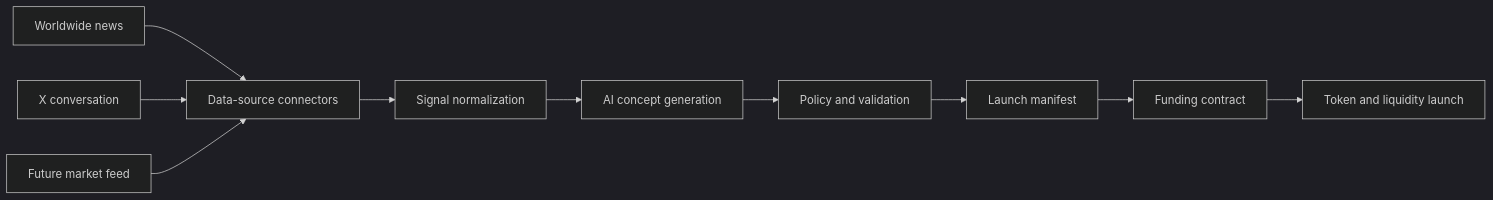
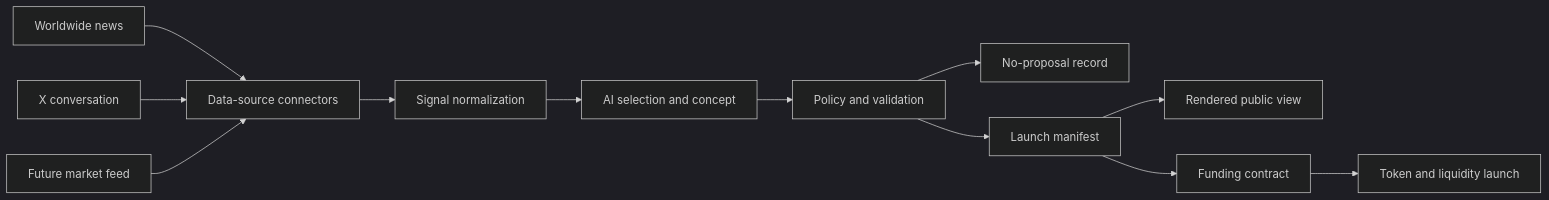
The diagram in docs/architecture.md (MemeToro/memetoro), drawn with Mermaid (dark theme) before and after one commit. The commit also changed other lines of this file and 17 other files, not shown here.

````diff
--- a/docs/architecture.md
+++ b/docs/architecture.md
@@ -27,12 +33,14 @@
 ```mermaid
 flowchart LR
     A[Worldwide news] --> B[Data-source connectors]
     X[X conversation] --> B
     M[Future market feed] --> B
     B --> C[Signal normalization]
-    C --> G[AI concept generation]
+    C --> G[AI selection and concept]
     G --> P[Policy and validation]
+    P --> N[No-proposal record]
     P --> D[Launch manifest]
+    D --> R[Rendered public view]
     D --> E[Funding contract]
     E --> F[Token and liquidity launch]
 ```
````
